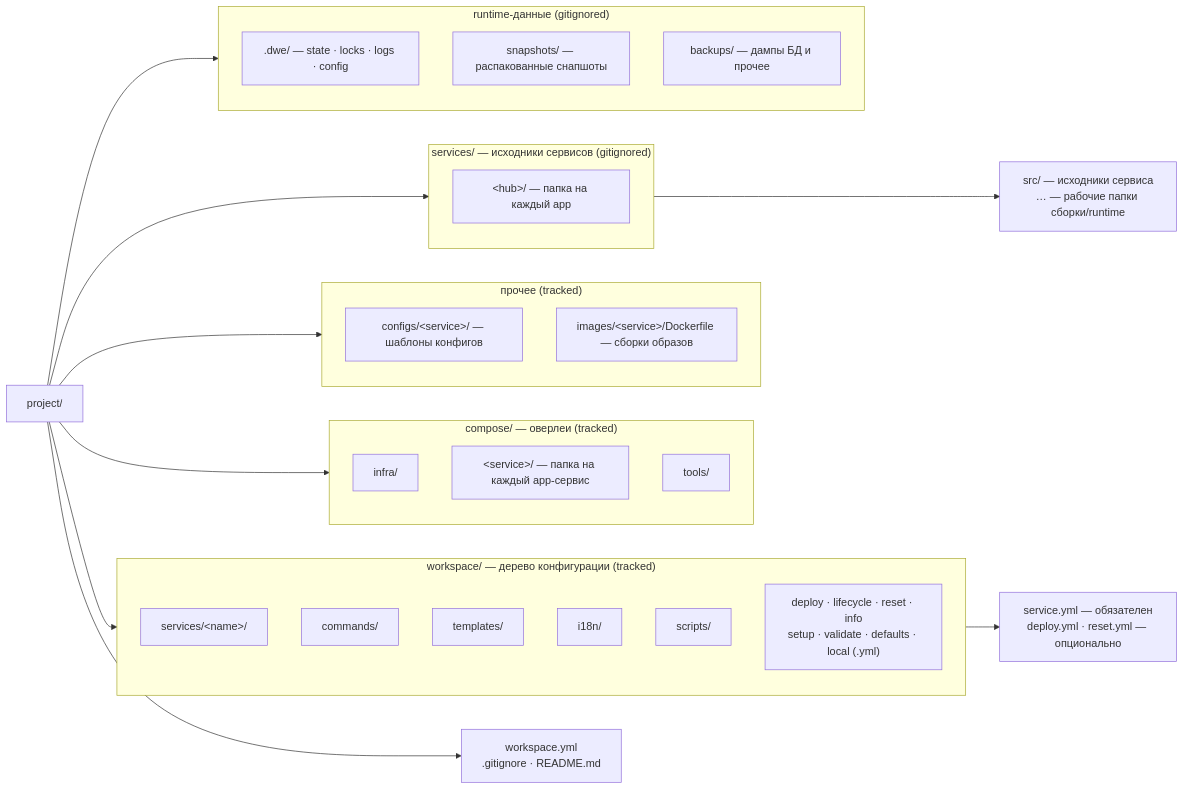
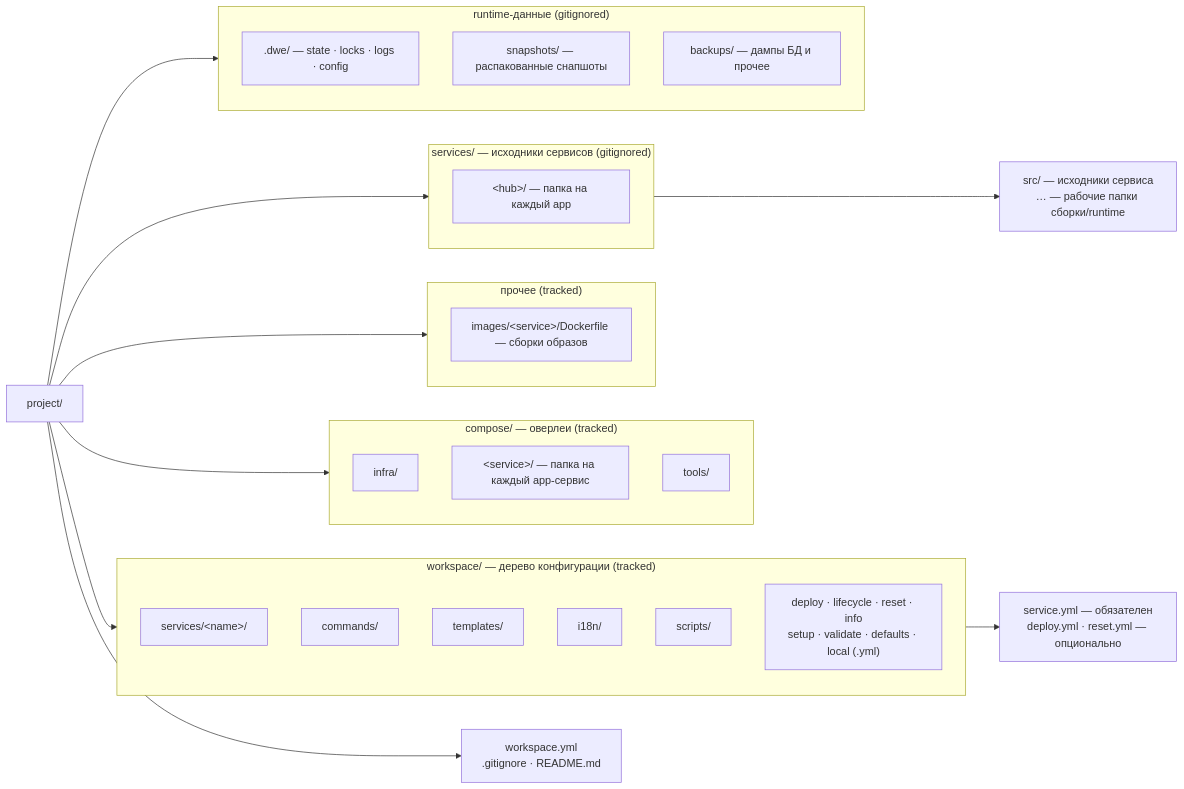
One commit to semsemyonoff/dwe changed the diagram in docs/i18n/ru/reference/concepts/project-layout.md. Above: the diagram before and after it, drawn with Mermaid. The commit also changed other lines of this file and 21 other files, not shown here.

````diff
--- a/docs/i18n/ru/reference/concepts/project-layout.md
+++ b/docs/i18n/ru/reference/concepts/project-layout.md
@@ -26,50 +26,49 @@
 ```mermaid
 flowchart LR
   Root["project/"]
   RootFiles["workspace.yml<br/>.gitignore · README.md"]
 
   subgraph workspace["workspace/ — дерево конфигурации (tracked)"]
     direction TB
     WSServices["services/&lt;name&gt;/"]
     WSCommands["commands/"]
     WSTemplates["templates/"]
     WSI18n["i18n/"]
     WSScripts["scripts/"]
     WSPipelines["deploy · lifecycle · reset · info<br/>setup · validate · defaults · local (.yml)"]
   end
 
   subgraph compose["compose/ — оверлеи (tracked)"]
     direction TB
     CInfra["infra/"]
     CSvc["&lt;service&gt;/ — папка на каждый app-сервис"]
     CTools["tools/"]
   end
 
   subgraph other["прочее (tracked)"]
     direction TB
-    ConfigsDir["configs/&lt;service&gt;/ — шаблоны конфигов"]
     ImagesDir["images/&lt;service&gt;/Dockerfile — сборки образов"]
   end
 
   subgraph srcdir["services/ — исходники сервисов (gitignored)"]
     direction TB
     SrcHub["&lt;hub&gt;/ — папка на каждый app"]
   end
 
   subgraph runtime["runtime-данные (gitignored)"]
     direction TB
     DotDir[".dwe/ — state · locks · logs · config"]
     SnapsDir["snapshots/ — распакованные снапшоты"]
     BackupsDir["backups/ — дампы БД и прочее"]
   end
 
   Root --> RootFiles
   Root --> workspace
   Root --> compose
   Root --> other
   Root --> srcdir
   Root --> runtime
 
   WSServices --> WSSvcFiles["service.yml — обязателен<br/>deploy.yml · reset.yml — опционально"]
   SrcHub --> SrcHubDetail["src/ — исходники сервиса<br/>… — рабочие папки сборки/runtime"]
 ```
````
